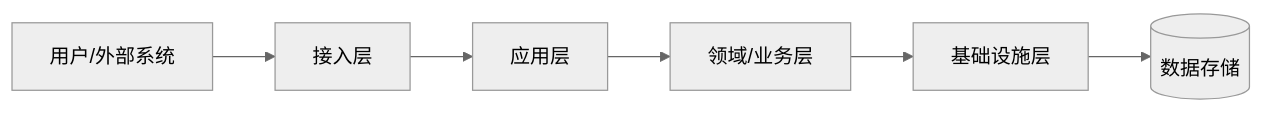
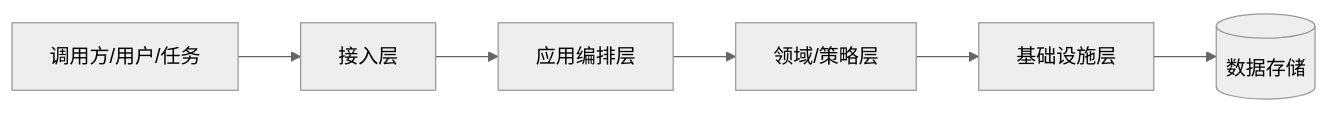
One commit to nauyiq/fons4ai changed the first of 2 diagrams in fons4ai-sdd/skills/fons4ai-project-knowledge-base-init/references/technical-architecture-template.md. Above: the diagram before and after it, drawn with Mermaid (neutral theme). The commit also changed other lines of this file and 32 other files, not shown here.

````diff
--- a/fons4ai-sdd/skills/fons4ai-project-knowledge-base-init/references/technical-architecture-template.md
+++ b/fons4ai-sdd/skills/fons4ai-project-knowledge-base-init/references/technical-architecture-template.md
@@ -29,8 +29,8 @@
 ```mermaid
 flowchart LR
-    U[用户/外部系统] --> A[接入层]
-    A --> B[应用层]
-    B --> C[领域/业务层]
+    U[调用方/用户/任务] --> A[接入层]
+    A --> B[应用编排层]
+    B --> C[领域/策略层]
     C --> D[基础设施层]
     D --> DB[(数据存储)]
 ```
````
